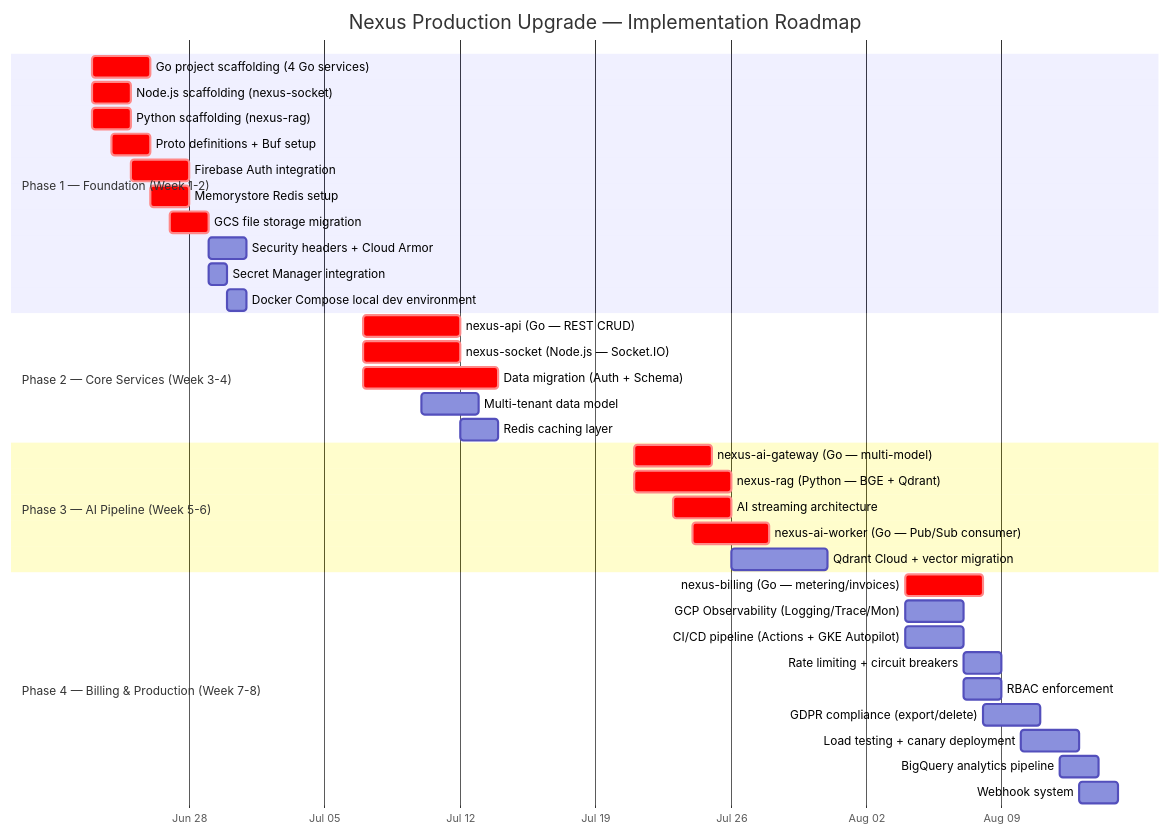
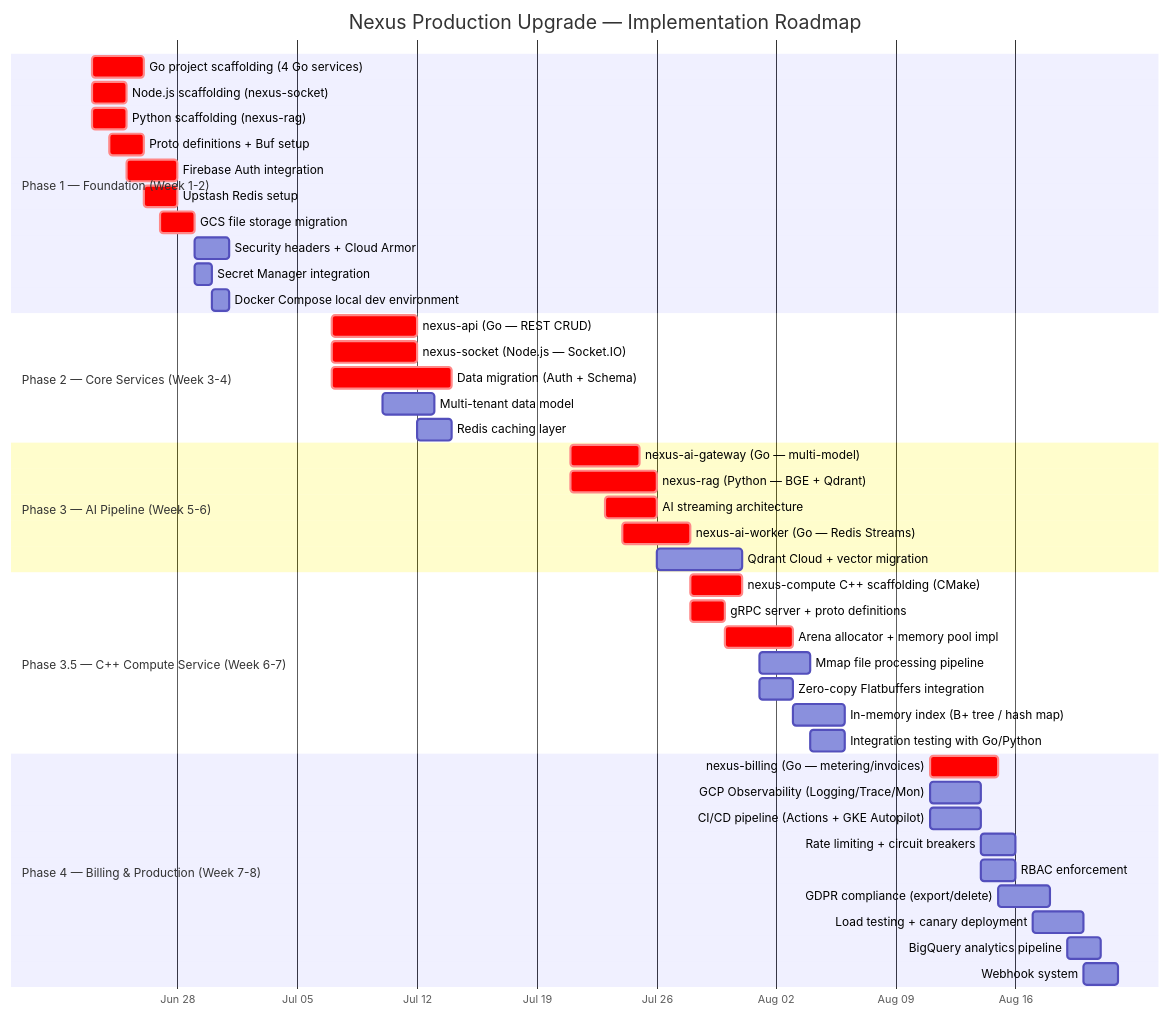
Diagram 23 of 24 in ARCHITECTURE.md (Nexus-chat-5039/Nexus-chat), drawn with Mermaid before and after one commit. The commit also changed other lines of this file and 38 other files, not shown here.

Commit message:
feat: implement minimal architecture with custom JWT auth

````diff
--- a/ARCHITECTURE.md
+++ b/ARCHITECTURE.md
@@ -1713,43 +1825,52 @@
 ```mermaid
 gantt
     title Nexus Production Upgrade — Implementation Roadmap
     dateFormat  YYYY-MM-DD
     axisFormat  %b %d
 
     section Phase 1 — Foundation (Week 1-2)
     Go project scaffolding (4 Go services)  :crit, p1a, 2026-06-23, 3d
     Node.js scaffolding (nexus-socket)      :crit, p1a1, 2026-06-23, 2d
     Python scaffolding (nexus-rag)          :crit, p1a2, 2026-06-23, 2d
     Proto definitions + Buf setup           :crit, p1a3, 2026-06-24, 2d
     Firebase Auth integration               :crit, p1b, 2026-06-25, 3d
-    Memorystore Redis setup                 :crit, p1c, 2026-06-26, 2d
+    Upstash Redis setup                     :crit, p1c, 2026-06-26, 2d
     GCS file storage migration              :crit, p1d, 2026-06-27, 2d
     Security headers + Cloud Armor          :p1e, 2026-06-29, 2d
     Secret Manager integration              :p1f, 2026-06-29, 1d
     Docker Compose local dev environment    :p1g, 2026-06-30, 1d
 
     section Phase 2 — Core Services (Week 3-4)
     nexus-api (Go — REST CRUD)              :crit, p2a, 2026-07-07, 5d
     nexus-socket (Node.js — Socket.IO)      :crit, p2b, 2026-07-07, 5d
     Data migration (Auth + Schema)          :crit, p2b2, 2026-07-07, 7d
     Multi-tenant data model                 :p2c, 2026-07-10, 3d
     Redis caching layer                     :p2d, 2026-07-12, 2d
 
     section Phase 3 — AI Pipeline (Week 5-6)
     nexus-ai-gateway (Go — multi-model)     :crit, p3a, 2026-07-21, 4d
     nexus-rag (Python — BGE + Qdrant)       :crit, p3b, 2026-07-21, 5d
     AI streaming architecture               :crit, p3b2, 2026-07-23, 3d
-    nexus-ai-worker (Go — Pub/Sub consumer) :crit, p3c, 2026-07-24, 4d
+    nexus-ai-worker (Go — Redis Streams)    :crit, p3c, 2026-07-24, 4d
     Qdrant Cloud + vector migration         :p3d, 2026-07-26, 5d
 
+    section Phase 3.5 — C++ Compute Service (Week 6-7)
+    nexus-compute C++ scaffolding (CMake)   :crit, p35a, 2026-07-28, 3d
+    gRPC server + proto definitions         :crit, p35b, 2026-07-28, 2d
+    Arena allocator + memory pool impl      :crit, p35c, 2026-07-30, 4d
+    Mmap file processing pipeline           :p35d, 2026-08-01, 3d
+    Zero-copy Flatbuffers integration       :p35e, 2026-08-01, 2d
+    In-memory index (B+ tree / hash map)    :p35f, 2026-08-03, 3d
+    Integration testing with Go/Python      :p35g, 2026-08-04, 2d
+
     section Phase 4 — Billing & Production (Week 7-8)
-    nexus-billing (Go — metering/invoices)  :crit, p4a0, 2026-08-04, 4d
-    GCP Observability (Logging/Trace/Mon)   :p4a, 2026-08-04, 3d
-    CI/CD pipeline (Actions + GKE Autopilot):p4b, 2026-08-04, 3d
-    Rate limiting + circuit breakers        :p4c, 2026-08-07, 2d
-    RBAC enforcement                        :p4d, 2026-08-07, 2d
-    GDPR compliance (export/delete)         :p4d2, 2026-08-08, 3d
-    Load testing + canary deployment        :p4e, 2026-08-10, 3d
-    BigQuery analytics pipeline             :p4f, 2026-08-12, 2d
-    Webhook system                          :p4g, 2026-08-13, 2d
+    nexus-billing (Go — metering/invoices)  :crit, p4a0, 2026-08-11, 4d
+    GCP Observability (Logging/Trace/Mon)   :p4a, 2026-08-11, 3d
+    CI/CD pipeline (Actions + GKE Autopilot):p4b, 2026-08-11, 3d
+    Rate limiting + circuit breakers        :p4c, 2026-08-14, 2d
+    RBAC enforcement                        :p4d, 2026-08-14, 2d
+    GDPR compliance (export/delete)         :p4d2, 2026-08-15, 3d
+    Load testing + canary deployment        :p4e, 2026-08-17, 3d
+    BigQuery analytics pipeline             :p4f, 2026-08-19, 2d
+    Webhook system                          :p4g, 2026-08-20, 2d
 ```
````
